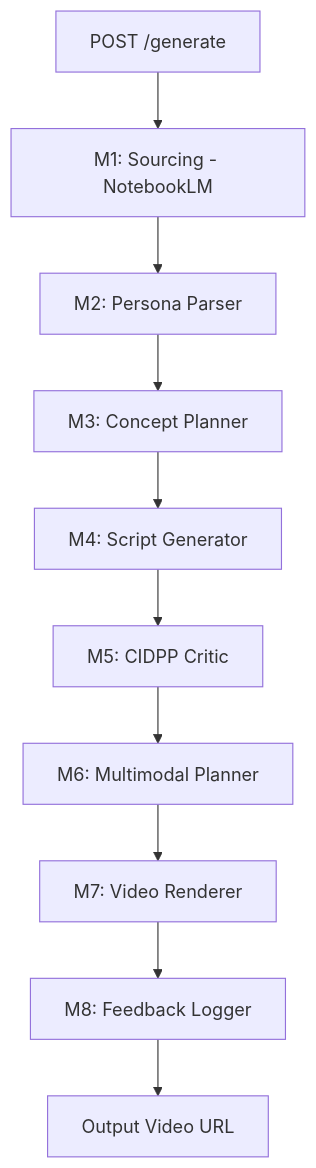
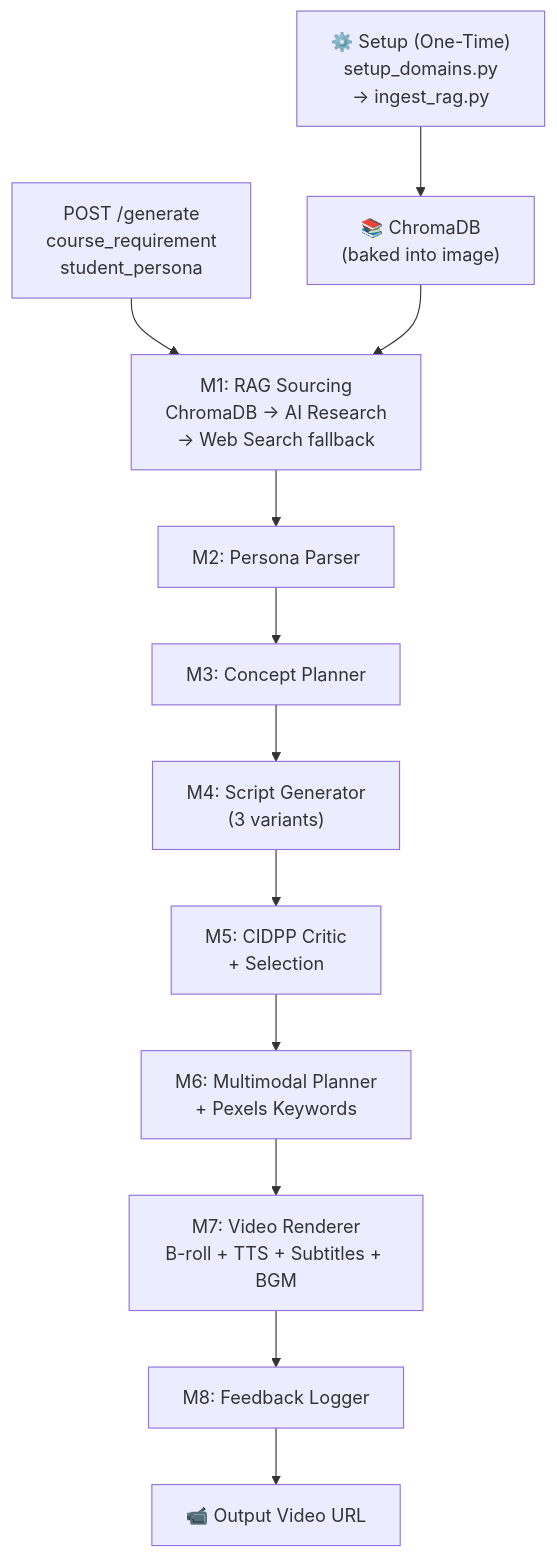
Before and after one commit to ArtCenter1/TeachingMonterAI: the diagram in README.md, drawn with Mermaid. The commit also changed other lines of this file, not shown here.

Commit message:
docs: update README to reflect v2.0 RAG architecture and new pipeline features

````diff
--- a/README.md
+++ b/README.md
@@ -32,12 +36,16 @@
 ```mermaid
 graph TD
-    API[POST /generate] --> M1[M1: Sourcing - NotebookLM]
-    M1 --> M2[M2: Persona Parser]
-    M2 --> M3[M3: Concept Planner]
-    M3 --> M4[M4: Script Generator]
-    M4 --> M5[M5: CIDPP Critic]
-    M5 --> M6[M6: Multimodal Planner]
-    M6 --> M7[M7: Video Renderer]
-    M7 --> M8[M8: Feedback Logger]
-    M8 --> URL[Output Video URL]
+    Setup["⚙️ Setup (One-Time)\nsetup_domains.py\n→ ingest_rag.py"] --> DB["📚 ChromaDB\n(baked into image)"]
+
+    API["POST /generate\ncourse_requirement\nstudent_persona"] --> M1
+
+    DB --> M1["M1: RAG Sourcing\nChromaDB → AI Research\n→ Web Search fallback"]
+    M1 --> M2["M2: Persona Parser"]
+    M2 --> M3["M3: Concept Planner"]
+    M3 --> M4["M4: Script Generator\n(3 variants)"]
+    M4 --> M5["M5: CIDPP Critic\n+ Selection"]
+    M5 --> M6["M6: Multimodal Planner\n+ Pexels Keywords"]
+    M6 --> M7["M7: Video Renderer\nB-roll + TTS + Subtitles + BGM"]
+    M7 --> M8["M8: Feedback Logger"]
+    M8 --> URL["📹 Output Video URL"]
 ```
````
